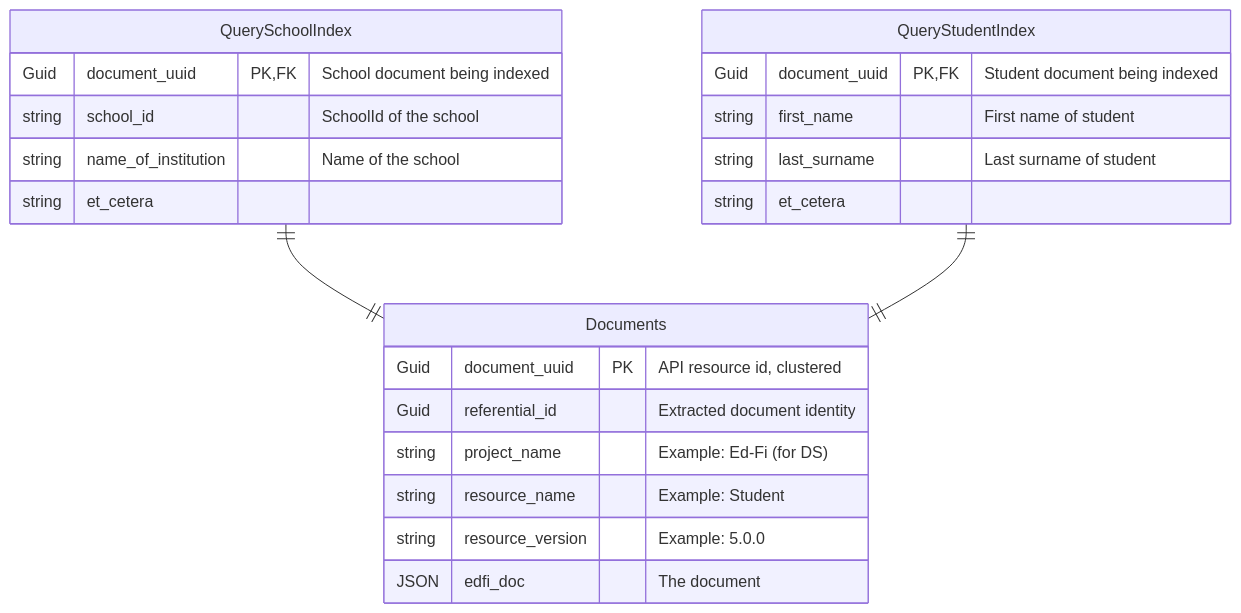
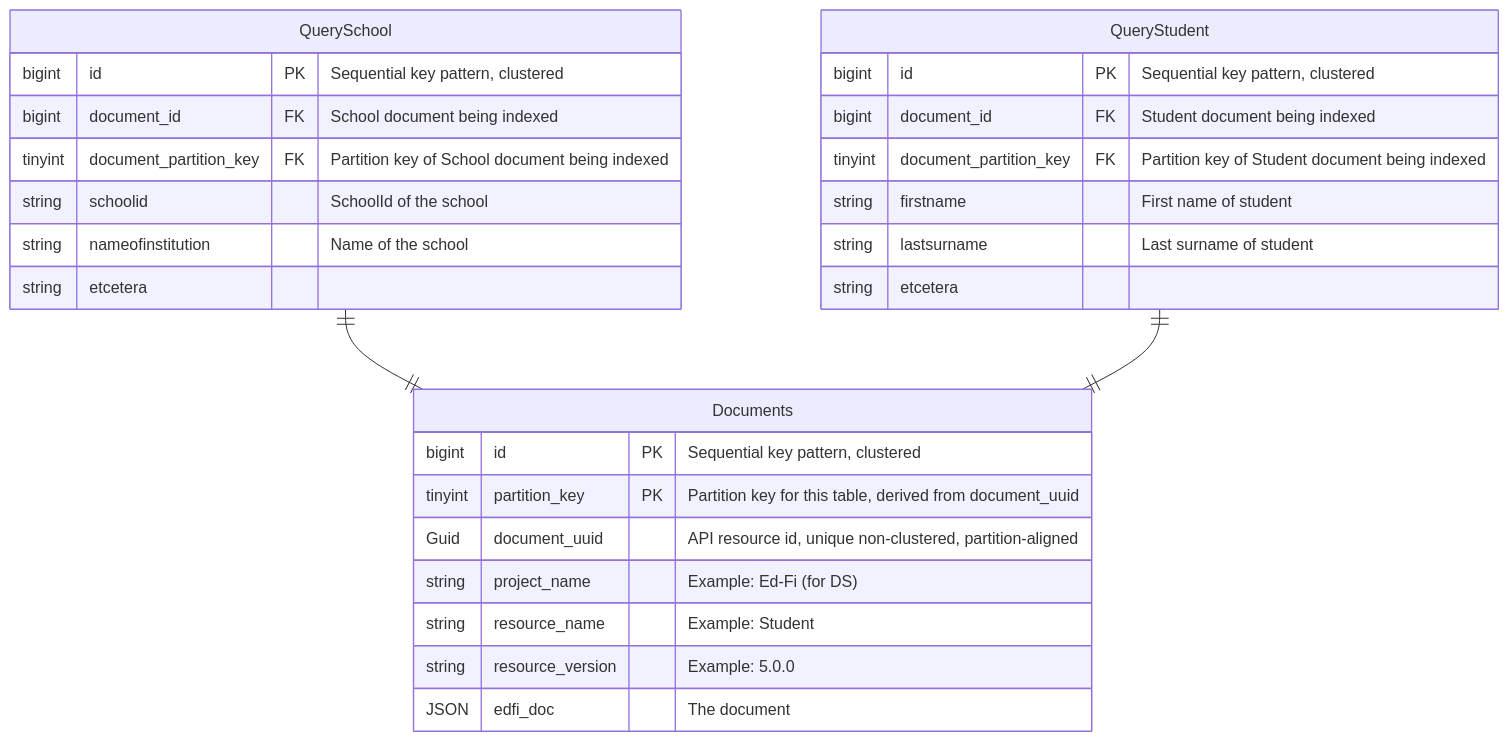
The second of 3 diagrams in docs/DMS/PRIMARY-DATA-STORAGE.md (Ed-Fi-Alliance-OSS/Project-Tanager), drawn with Mermaid before and after one commit. The commit also changed other lines of this file and 1 other file, not shown here.

First line of the commit message:
[DMS-18] Consolidate data storage document and update query design, index needs and access patterns (#11)

````diff
--- a/docs/DMS/PRIMARY-DATA-STORAGE.md
+++ b/docs/DMS/PRIMARY-DATA-STORAGE.md
@@ -236,26 +389,31 @@
 ```mermaid
 erDiagram
 
     Documents {
-        Guid document_uuid PK "API resource id, clustered"
-        Guid referential_id "Extracted document identity"
+        bigint id PK "Sequential key pattern, clustered"
+        tinyint partition_key PK "Partition key for this table, derived from document_uuid"
+        Guid document_uuid "API resource id, unique non-clustered, partition-aligned"
         string project_name "Example: Ed-Fi (for DS)"
         string resource_name "Example: Student"
         string resource_version "Example: 5.0.0"
         JSON edfi_doc "The document"
     }
-    QuerySchoolIndex ||--|| Documents : ""
-    QuerySchoolIndex {
-        Guid document_uuid PK,FK "School document being indexed"
-        string school_id "SchoolId of the school"
-        string name_of_institution "Name of the school"
-        string et_cetera
+    QuerySchool ||--|| Documents : ""
+    QuerySchool {
+        bigint id PK "Sequential key pattern, clustered"
+        bigint document_id FK "School document being indexed"
+        tinyint document_partition_key FK "Partition key of School document being indexed"
+        string schoolid "SchoolId of the school"
+        string nameofinstitution "Name of the school"
+        string etcetera
     }
-    QueryStudentIndex ||--|| Documents : ""
-    QueryStudentIndex {
-        Guid document_uuid PK,FK "Student document being indexed"
-        string first_name "First name of student"
-        string last_surname "Last surname of student"
-        string et_cetera
+    QueryStudent ||--|| Documents : ""
+    QueryStudent {
+        bigint id PK "Sequential key pattern, clustered"
+        bigint document_id FK "Student document being indexed"
+        tinyint document_partition_key FK "Partition key of Student document being indexed"
+        string firstname "First name of student"
+        string lastsurname "Last surname of student"
+        string etcetera
     }
 ```
````
